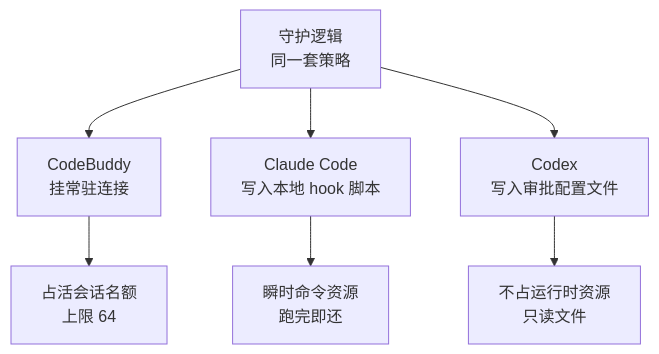
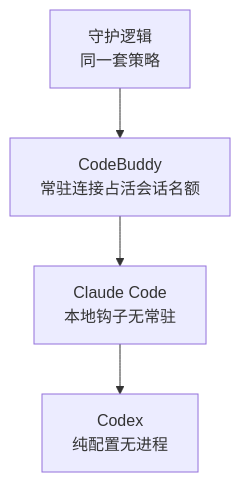
The first of 2 diagrams in vault/工程知识/AI 系统工程：从模型能力到生产能力/生态与选型/多 AI 客户端的统一接管：hooks、配置与常驻连接的三种适配.md (hub138/technical-knowledge), drawn with Mermaid before and after one commit. The commit also changed other lines of this file and 622 other files, not shown here.

````diff
--- a/vault/工程知识/AI 系统工程：从模型能力到生产能力/生态与选型/多 AI 客户端的统一接管：hooks、配置与常驻连接的三种适配.md
+++ b/vault/工程知识/AI 系统工程：从模型能力到生产能力/生态与选型/多 AI 客户端的统一接管：hooks、配置与常驻连接的三种适配.md
@@ -48,9 +50,6 @@
 ```mermaid
 flowchart TD
-    G["守护逻辑<br/>同一套策略"] --> A["CodeBuddy<br/>挂常驻连接"]
-    G --> B["Claude Code<br/>写入本地 hook 脚本"]
-    G --> C["Codex<br/>写入审批配置文件"]
-    A --> A1["占活会话名额<br/>上限 64"]
-    B --> B1["瞬时命令资源<br/>跑完即还"]
-    C --> C1["不占运行时资源<br/>只读文件"]
+    G["守护逻辑<br/>同一套策略"] --> A["CodeBuddy<br/>常驻连接占活会话名额"]
+    A --> B["Claude Code<br/>本地钩子无常驻"]
+    B --> C["Codex<br/>纯配置无进程"]
 ```
````
